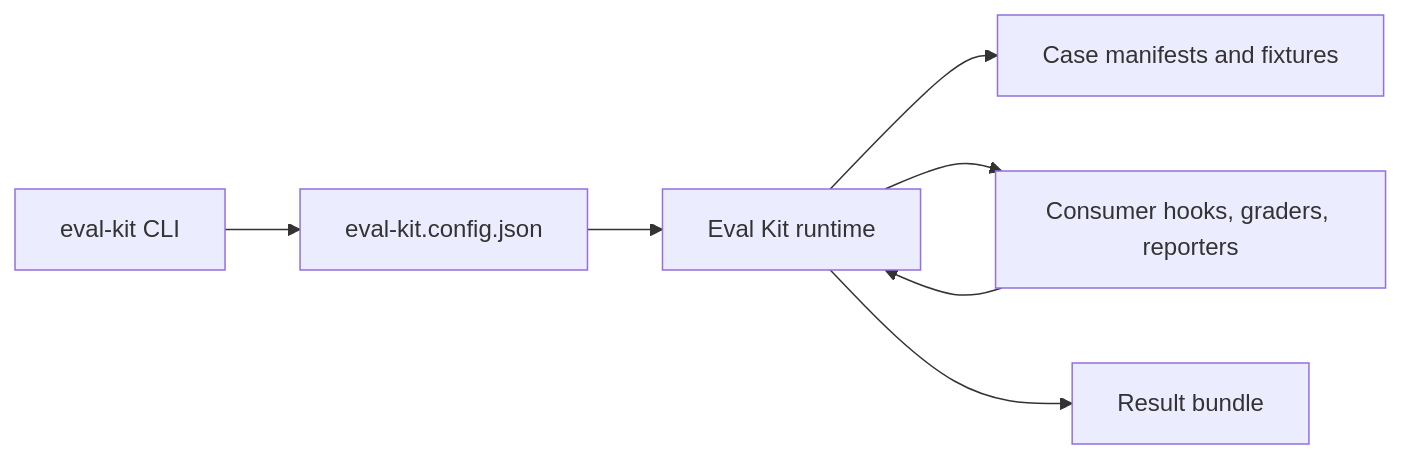
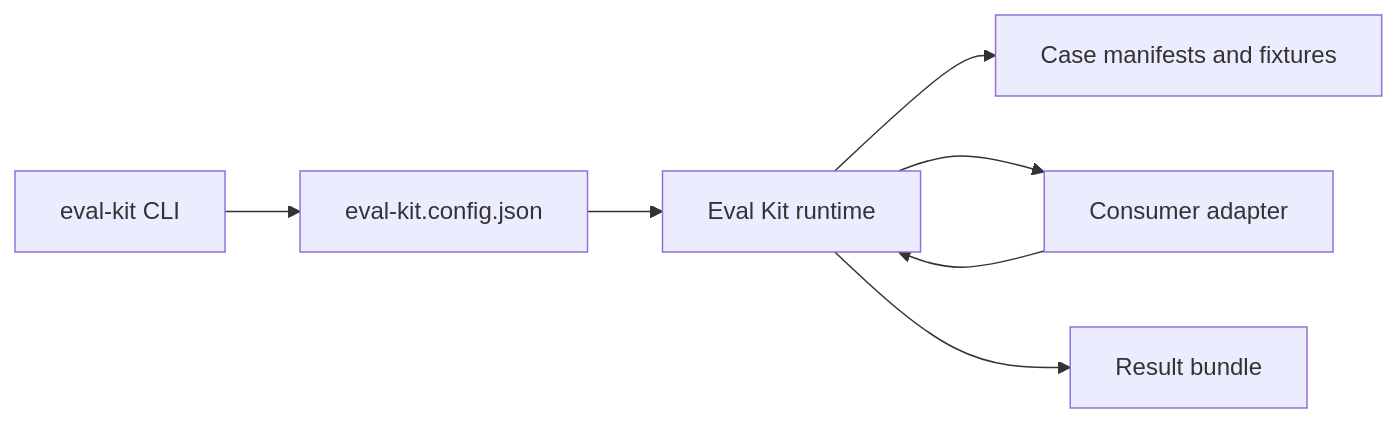
The diagram in packages/eval-kit/README.md (agentic-workflow-kit/technical-design), drawn with Mermaid before and after one commit. The commit also changed other lines of this file and 85 other files, not shown here.

````diff
--- a/packages/eval-kit/README.md
+++ b/packages/eval-kit/README.md
@@ -89,16 +89,16 @@
 ```mermaid
 flowchart LR
     CLI["eval-kit CLI"]
     Config["eval-kit.config.json"]
     Kit["Eval Kit runtime"]
-    Suite["Consumer hooks, graders, reporters"]
+    Suite["Consumer adapter"]
     Cases["Case manifests and fixtures"]
     Results["Result bundle"]
 
     CLI --> Config
     Config --> Kit
     Kit --> Cases
     Kit --> Suite
     Suite --> Kit
     Kit --> Results
 ```
````
